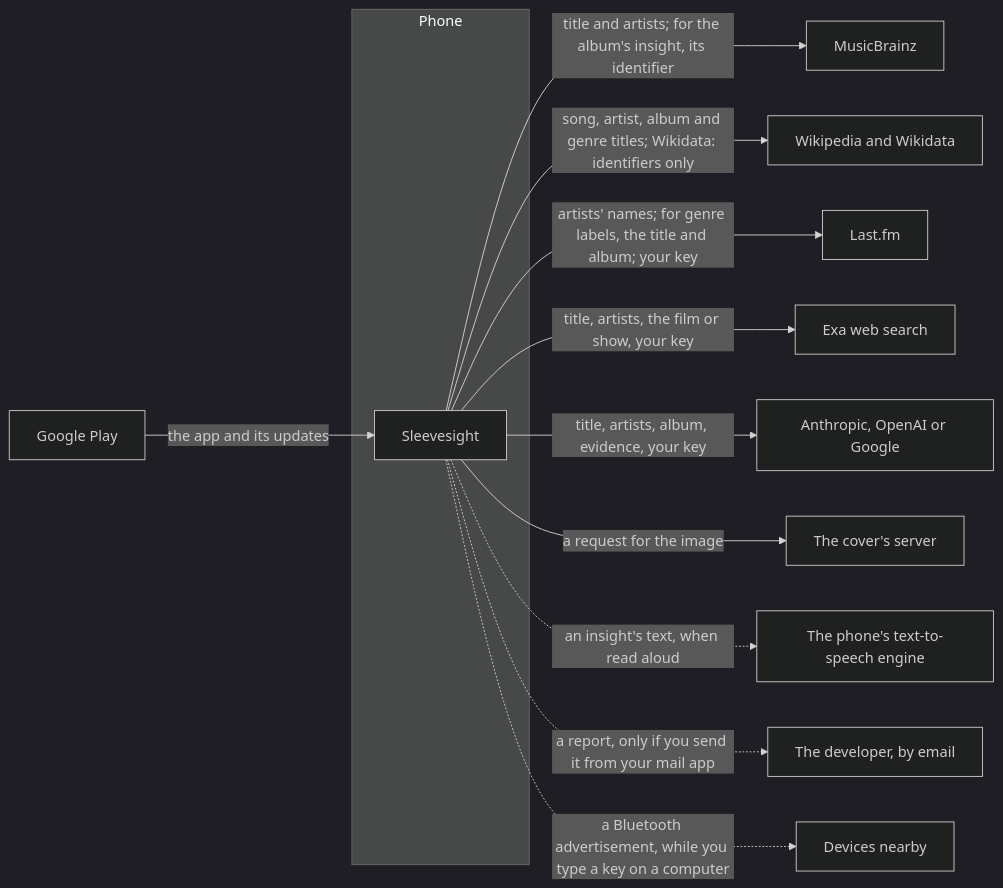
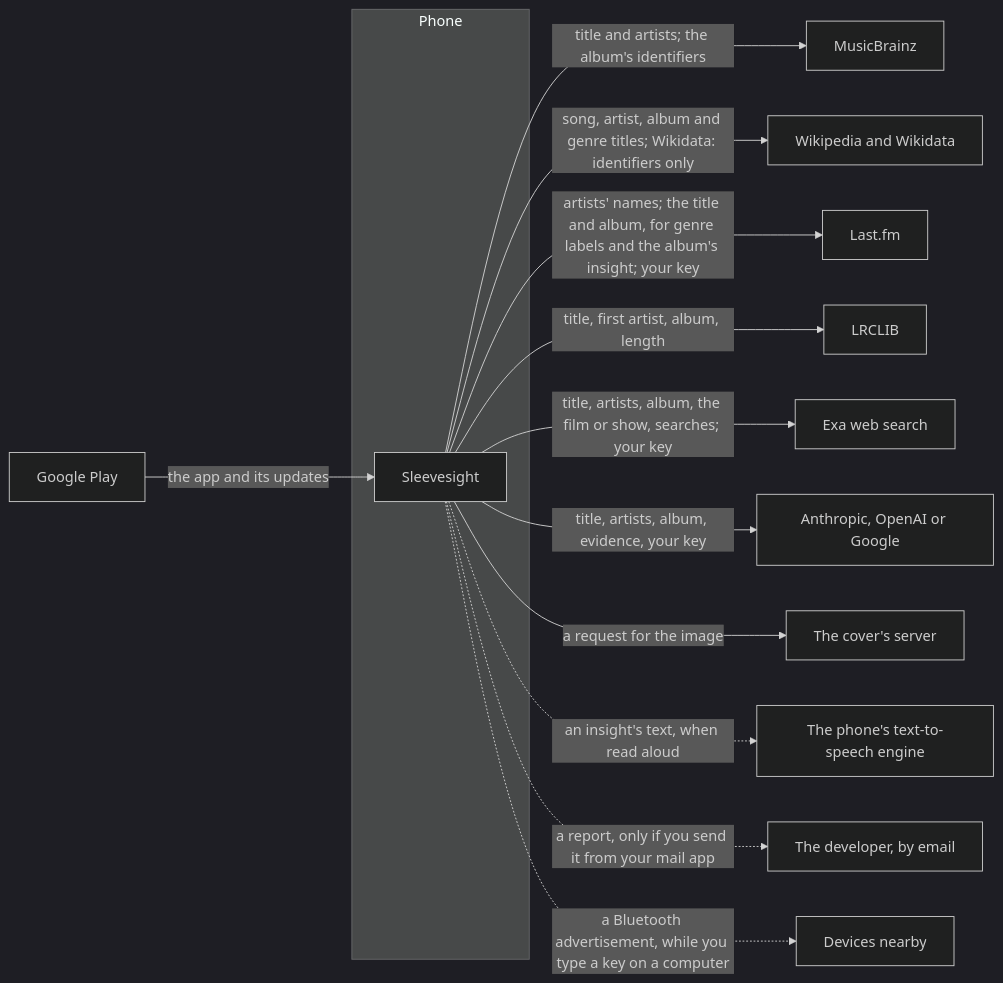
Before and after one commit to wkusnierczyk/sleevesight: the second of 3 diagrams in docs/architecture/index.md, drawn with Mermaid (dark theme). The commit also changed other lines of this file and 13 other files, not shown here.

````diff
--- a/docs/architecture/index.md
+++ b/docs/architecture/index.md
@@ -97,16 +97,17 @@
 ```mermaid
 flowchart LR
   subgraph Phone
     App["Sleevesight"]
   end
-  App -- "title and artists; for the album's insight, its identifier" --> MB["MusicBrainz"]
+  App -- "title and artists; the album's identifiers" --> MB["MusicBrainz"]
   App -- "song, artist, album and genre titles; Wikidata: identifiers only" --> WP["Wikipedia and Wikidata"]
-  App -- "artists' names; for genre labels, the title and album; your key" --> LFM["Last.fm"]
-  App -- "title, artists, the film or show, your key" --> Exa["Exa web search"]
+  App -- "artists' names; the title and album, for genre labels and the album's insight; your key" --> LFM["Last.fm"]
+  App -- "title, first artist, album, length" --> LRC["LRCLIB"]
+  App -- "title, artists, album, the film or show, searches; your key" --> Exa["Exa web search"]
   App -- "title, artists, album, evidence, your key" --> AI["Anthropic, OpenAI or Google"]
   App -- "a request for the image" --> Art["The cover's server"]
   App -. "an insight's text, when read aloud" .-> TTS["The phone's text-to-speech engine"]
   App -. "a report, only if you send it from your mail app" .-> Dev["The developer, by email"]
   App -. "a Bluetooth advertisement, while you type a key on a computer" .-> Near["Devices nearby"]
   Play["Google Play"] -- "the app and its updates" --> App
 ```
````
